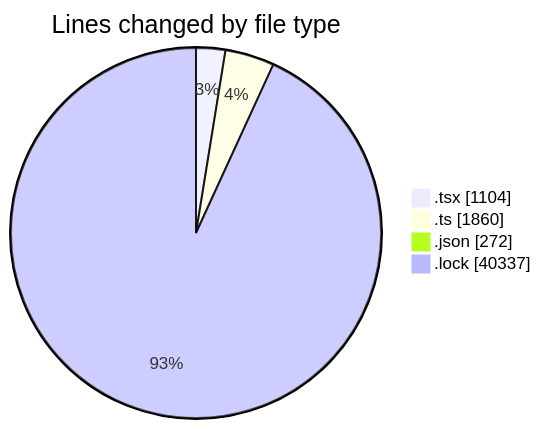
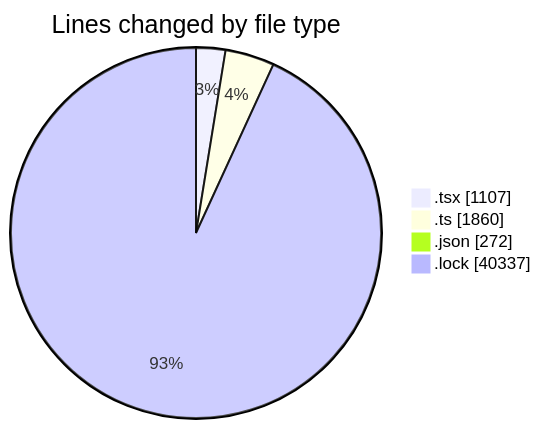
The first of 2 diagrams in 2026-03-27/cda/README.md (momahboobian/code-tracking), drawn with Mermaid before and after one commit. The commit also changed other lines of this file and 1 other file, not shown here.

````diff
--- a/2026-03-27/cda/README.md
+++ b/2026-03-27/cda/README.md
@@ -39,8 +39,8 @@
 ```mermaid
 pie showData
 title Lines changed by file type
-".tsx" : 1104
+".tsx" : 1107
 ".ts" : 1860
 ".json" : 272
 ".lock" : 40337
 ```
````
